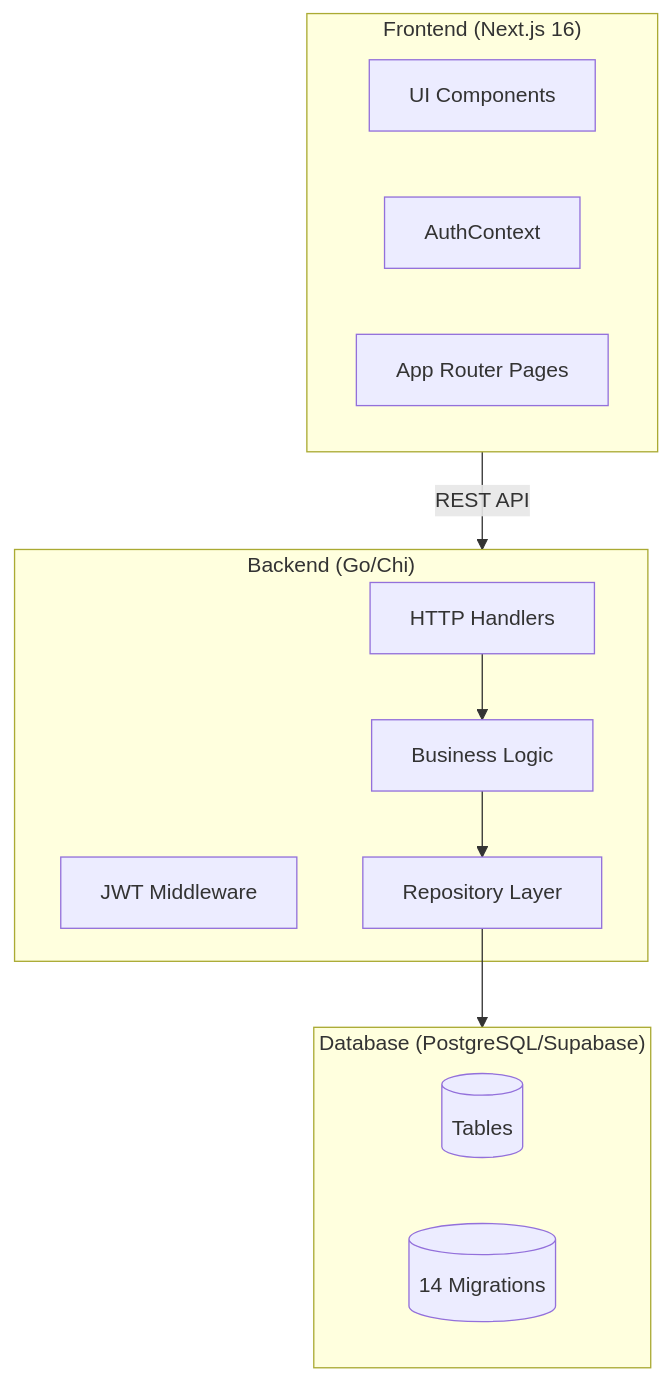
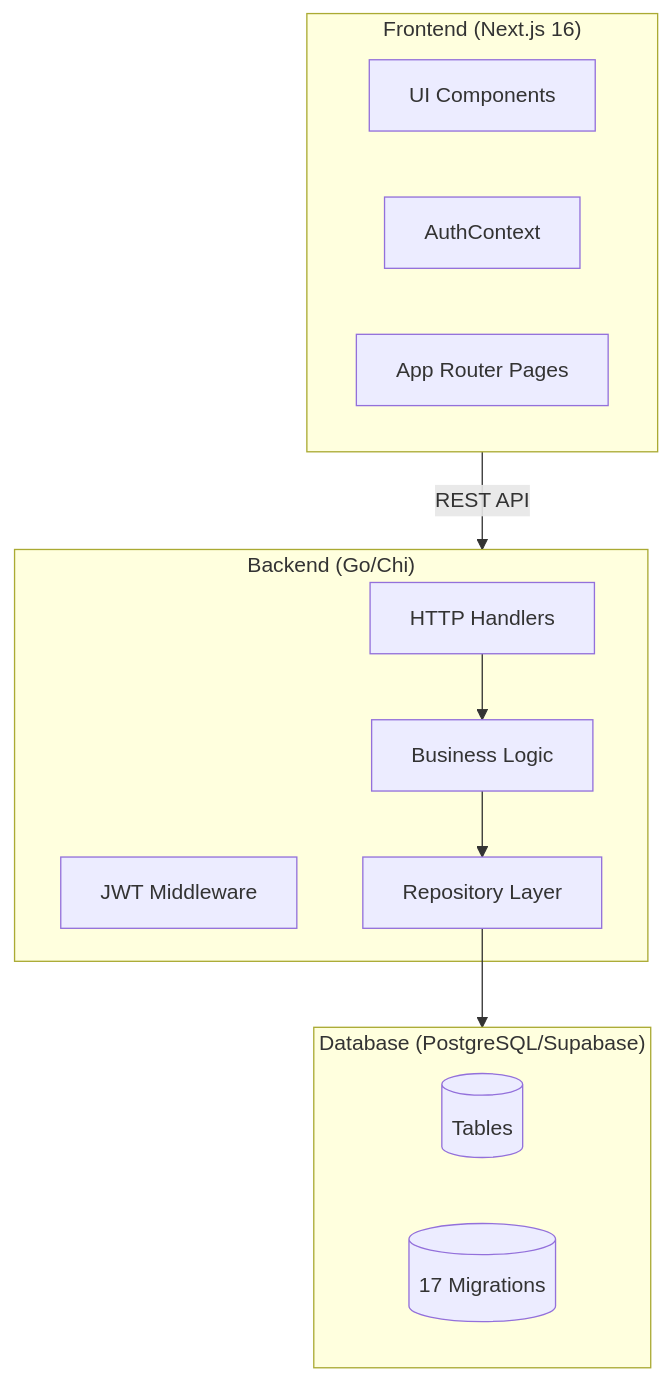
The diagram in docs/CODEBASE_REVIEW.md (justnikee/export-ready-battery), drawn with Mermaid before and after one commit. The commit also changed other lines of this file and 47 other files, not shown here.

````diff
--- a/docs/CODEBASE_REVIEW.md
+++ b/docs/CODEBASE_REVIEW.md
@@ -23,25 +23,25 @@
 ```mermaid
 graph TB
     subgraph Frontend["Frontend (Next.js 16)"]
         UI[UI Components]
         Auth[AuthContext]
         Pages[App Router Pages]
     end
     
     subgraph Backend["Backend (Go/Chi)"]
         Handlers[HTTP Handlers]
         Middleware[JWT Middleware]
         Services[Business Logic]
         Repo[Repository Layer]
     end
     
     subgraph Database["Database (PostgreSQL/Supabase)"]
         Tables[(Tables)]
-        Migrations[(14 Migrations)]
+        Migrations[(17 Migrations)]
     end
     
     Frontend --> |REST API| Backend
     Handlers --> Services
     Services --> Repo
     Repo --> Database
 ```
````
